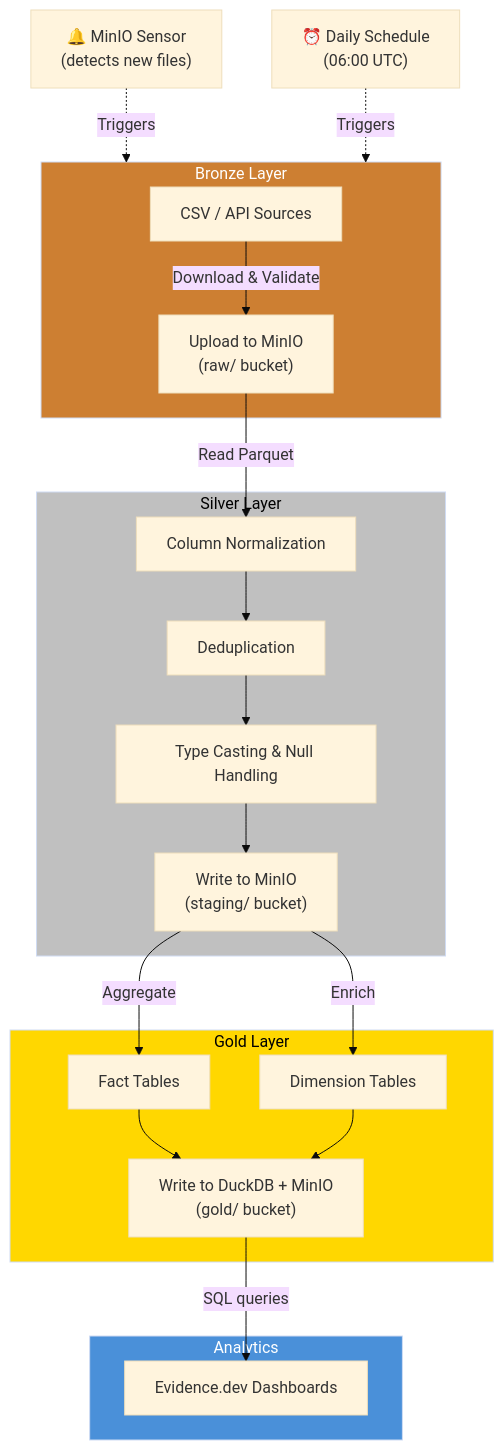
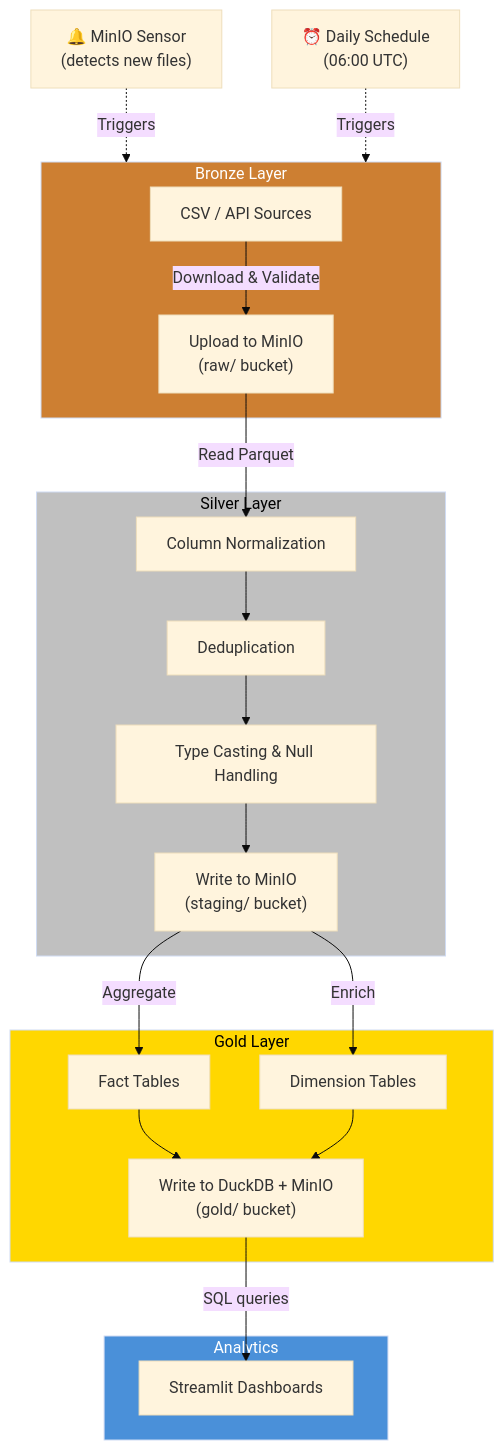
Before and after one commit to qwermk/National_Tourism_Project: the second of 4 diagrams in README.md, drawn with Mermaid (base theme). The commit also changed other lines of this file and 53 other files, not shown here.

````diff
--- a/README.md
+++ b/README.md
@@ -77,32 +85,32 @@
 ```mermaid
 flowchart TD
     subgraph Ingestion["Bronze Layer"]
         A["CSV / API Sources"] -->|Download & Validate| B["Upload to MinIO\n(raw/ bucket)"]
     end
 
     subgraph Staging["Silver Layer"]
         B -->|Read Parquet| C["Column Normalization"]
         C --> D["Deduplication"]
         D --> E["Type Casting & Null Handling"]
         E --> F["Write to MinIO\n(staging/ bucket)"]
     end
 
     subgraph Marts["Gold Layer"]
         F -->|Aggregate| G["Fact Tables"]
         F -->|Enrich| H["Dimension Tables"]
         G --> I["Write to DuckDB + MinIO\n(gold/ bucket)"]
         H --> I
     end
 
     subgraph Serving["Analytics"]
-        I -->|SQL queries| J["Evidence.dev Dashboards"]
+        I -->|SQL queries| J["Streamlit Dashboards"]
     end
 
     SENSOR["🔔 MinIO Sensor\n(detects new files)"] -.->|Triggers| Ingestion
     SCHEDULE["⏰ Daily Schedule\n(06:00 UTC)"] -.->|Triggers| Ingestion
 
     style Ingestion fill:#cd7f32,color:#fff
     style Staging fill:#c0c0c0,color:#000
     style Marts fill:#ffd700,color:#000
     style Serving fill:#4a90d9,color:#fff
 ```
````
